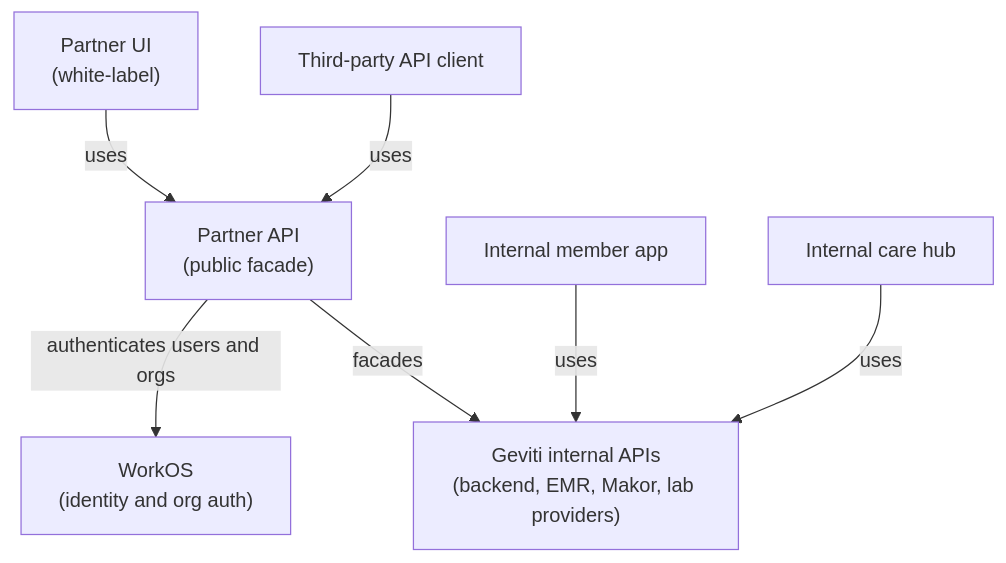
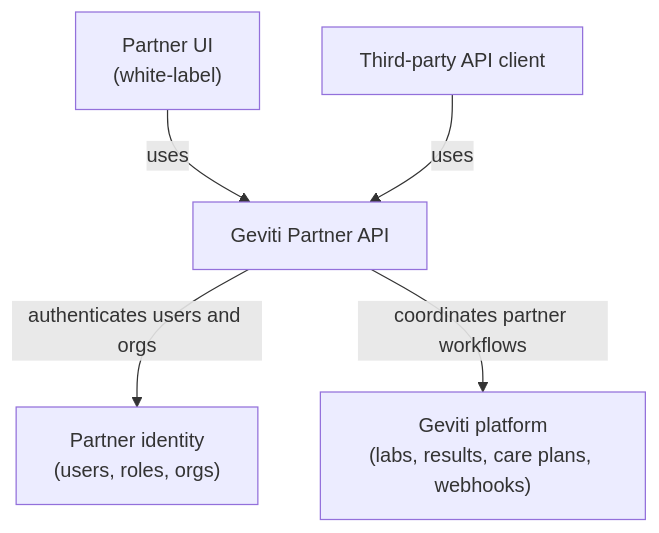
Before and after one commit to GoGeviti/partner-api-docs: the diagram in docs/architecture.md, drawn with Mermaid. The commit also changed other lines of this file and 9 other files, not shown here.

````diff
--- a/docs/architecture.md
+++ b/docs/architecture.md
@@ -5,17 +5,13 @@
 ```mermaid
 flowchart TD
   PartnerUI["Partner UI<br/>(white-label)"]
   ThirdParty["Third-party API client"]
-  PartnerAPI["Partner API<br/>(public facade)"]
-  WorkOS["WorkOS<br/>(identity and org auth)"]
-  InternalAPIs["Geviti internal APIs<br/>(backend, EMR, Makor, lab providers)"]
-  MemberApp["Internal member app"]
-  CareHub["Internal care hub"]
+  PartnerAPI["Geviti Partner API"]
+  Identity["Partner identity<br/>(users, roles, orgs)"]
+  GevitiPlatform["Geviti platform<br/>(labs, results, care plans, webhooks)"]
 
   PartnerUI -->|"uses"| PartnerAPI
   ThirdParty -->|"uses"| PartnerAPI
-  PartnerAPI -->|"authenticates users and orgs"| WorkOS
-  PartnerAPI -->|"facades"| InternalAPIs
-  MemberApp -->|"uses"| InternalAPIs
-  CareHub -->|"uses"| InternalAPIs
+  PartnerAPI -->|"authenticates users and orgs"| Identity
+  PartnerAPI -->|"coordinates partner workflows"| GevitiPlatform
 ```
````
